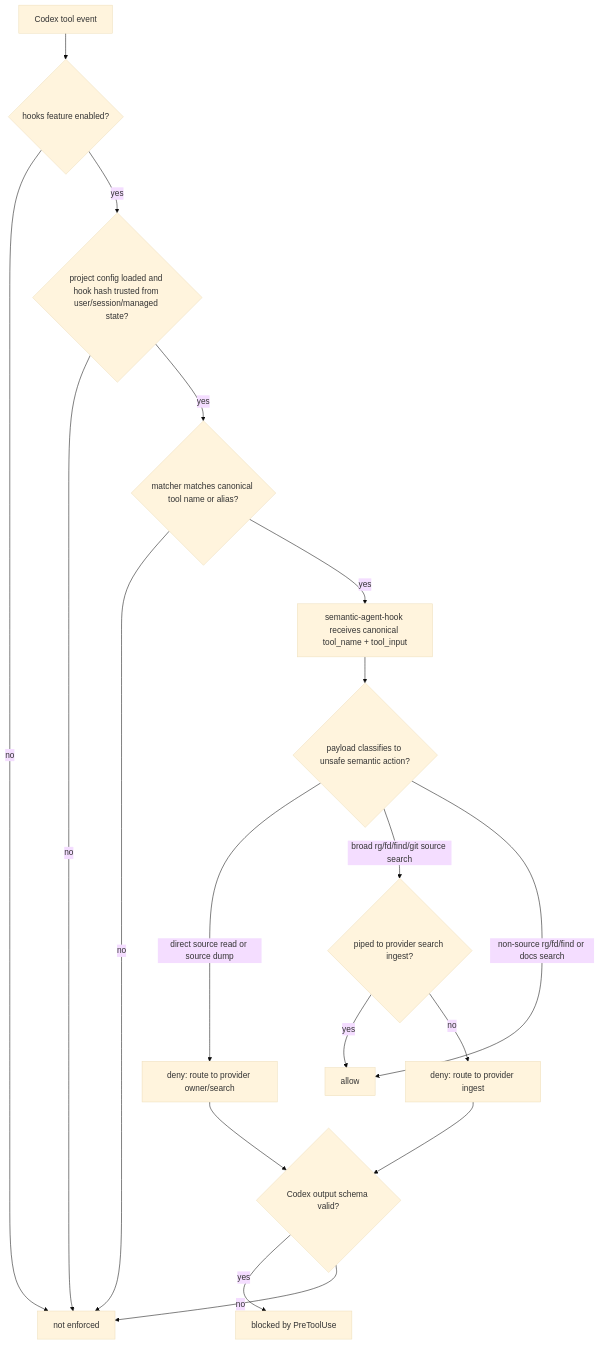
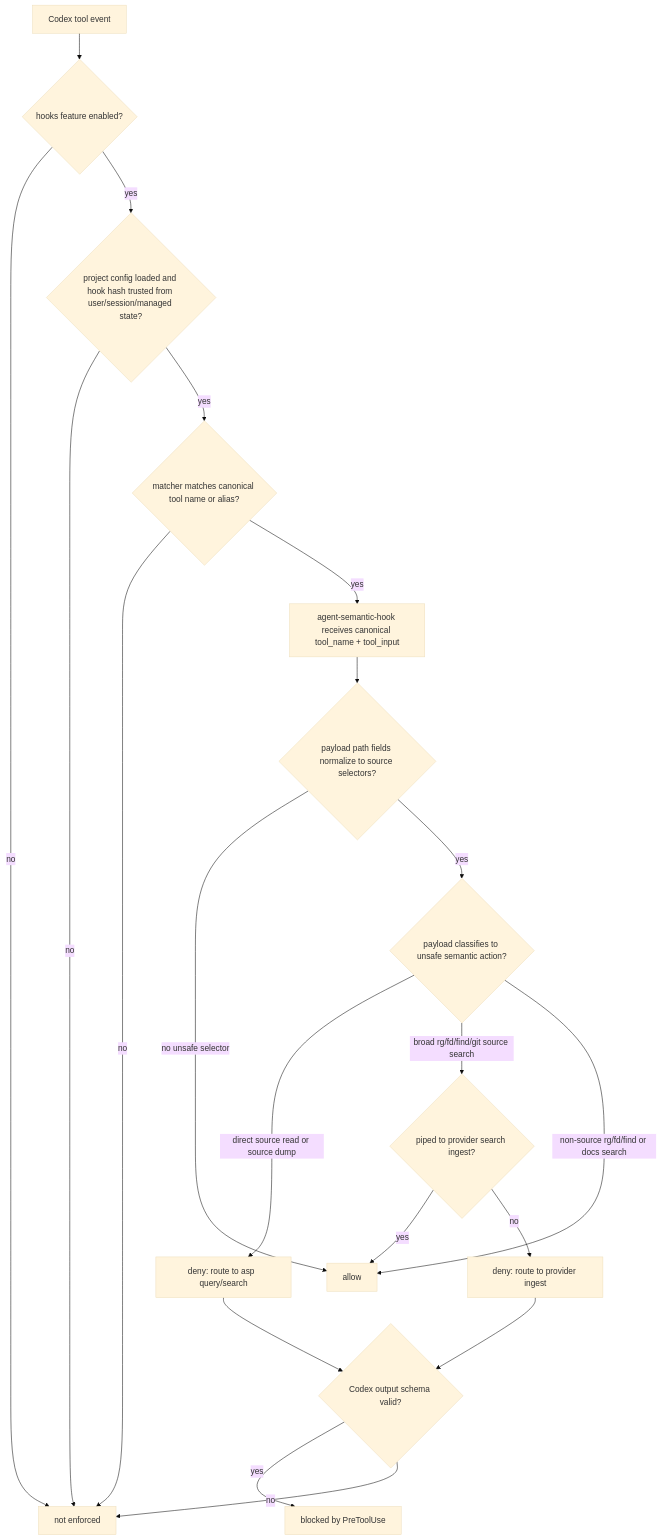
The diagram in rfcs/agent-hook-interception-protocol.org (tao3k/agent-semantic-protocols), drawn with Mermaid (base theme) before and after one commit. The commit also changed other lines of this file and 357 other files, not shown here.

```diff
--- a/rfcs/agent-hook-interception-protocol.org
+++ b/rfcs/agent-hook-interception-protocol.org
@@ -177,20 +369,22 @@
 #+begin_src mermaid
 flowchart TD
   A["Codex tool event"] --> B{"hooks feature enabled?"}
   B -- "no" --> Z["not enforced"]
   B -- "yes" --> C{"project config loaded and hook hash trusted from user/session/managed state?"}
   C -- "no" --> Z
   C -- "yes" --> D{"matcher matches canonical tool name or alias?"}
   D -- "no" --> Z
-  D -- "yes" --> E["semantic-agent-hook receives canonical tool_name + tool_input"]
-  E --> F{"payload classifies to unsafe semantic action?"}
-  F -- "direct source read or source dump" --> G["deny: route to provider owner/search"]
-  F -- "broad rg/fd/find/git source search" --> H{"piped to provider search ingest?"}
+  D -- "yes" --> E["agent-semantic-hook receives canonical tool_name + tool_input"]
+  E --> F{"payload path fields normalize to source selectors?"}
+  F -- "no unsafe selector" --> I
+  F -- "yes" --> M{"payload classifies to unsafe semantic action?"}
+  M -- "direct source read or source dump" --> G["deny: route to asp <language> query/search"]
+  M -- "broad rg/fd/find/git source search" --> H{"piped to provider search ingest?"}
   H -- "yes" --> I["allow"]
   H -- "no" --> J["deny: route to provider ingest"]
-  F -- "non-source rg/fd/find or docs search" --> I
+  M -- "non-source rg/fd/find or docs search" --> I
   G --> K{"Codex output schema valid?"}
   J --> K
   K -- "yes" --> L["blocked by PreToolUse"]
   K -- "no" --> Z
 #+end_src
```
